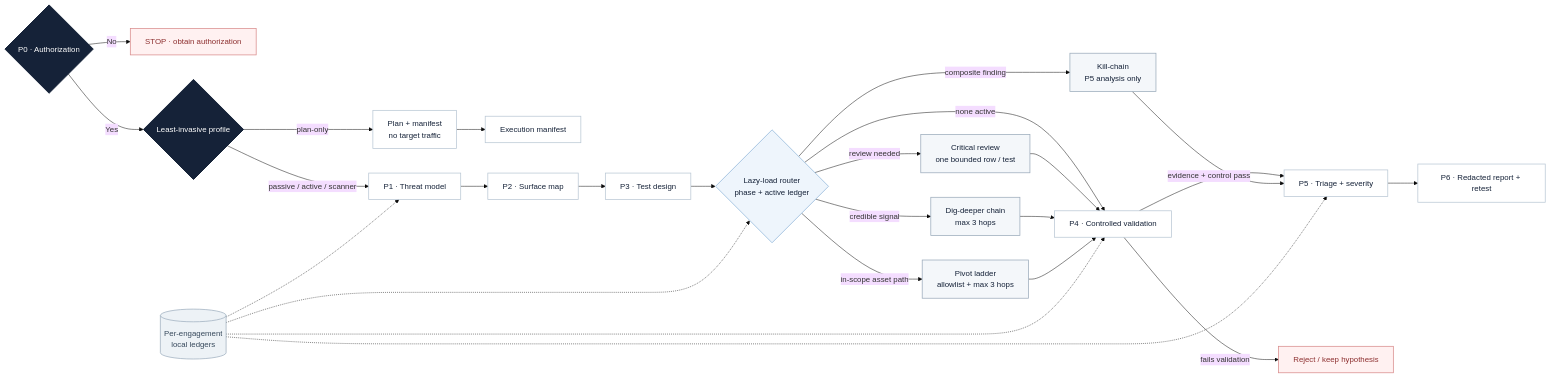
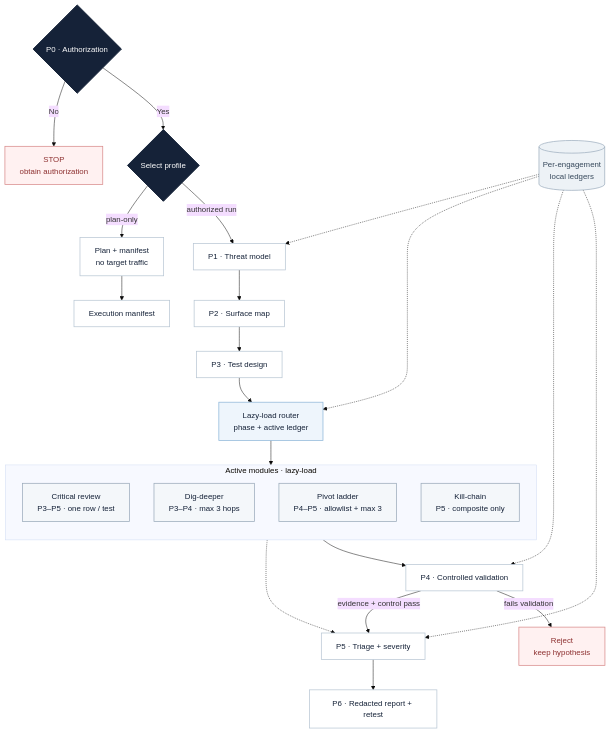
One commit to tomzsh/VHS-LLV changed the diagram in README.md. Above: the diagram before and after it, drawn with Mermaid (base theme). The commit also changed other lines of this file, not shown here.

Commit message:
docs: make workflow diagram mobile vertical

````diff
--- a/README.md
+++ b/README.md
@@ -258,44 +258,47 @@
 ```mermaid
-flowchart LR
+flowchart TD
     P0{"P0 · Authorization"}
-    P0 -->|No| STOP["STOP · obtain authorization"]
-    P0 -->|Yes| PROFILE{"Least-invasive profile"}
+    P0 -->|No| STOP["STOP<br/>obtain authorization"]
+    P0 -->|Yes| PROFILE{"Select profile"}
     PROFILE -->|plan-only| PLAN["Plan + manifest<br/>no target traffic"]
-    PROFILE -->|passive / active / scanner| P1["P1 · Threat model"]
     PLAN --> MANIFEST["Execution manifest"]
+    PROFILE -->|authorized run| P1["P1 · Threat model"]
 
     P1 --> P2["P2 · Surface map"]
     P2 --> P3["P3 · Test design"]
-    P3 --> ROUTER{"Lazy-load router<br/>phase + active ledger"}
-    ROUTER -->|none active| P4["P4 · Controlled validation"]
-    ROUTER -->|review needed| REVIEW["Critical review<br/>one bounded row / test"]
-    ROUTER -->|credible signal| DEEP["Dig-deeper chain<br/>max 3 hops"]
-    ROUTER -->|in-scope asset path| PIVOT["Pivot ladder<br/>allowlist + max 3 hops"]
-    ROUTER -->|composite finding| KILL["Kill-chain<br/>P5 analysis only"]
-    REVIEW --> P4
-    DEEP --> P4
-    PIVOT --> P4
+    P3 --> ROUTER["Lazy-load router<br/>phase + active ledger"]
+
+    subgraph OPTIONAL["Active modules · lazy-load"]
+        direction TB
+        REVIEW["Critical review<br/>P3–P5 · one row / test"]
+        DEEP["Dig-deeper<br/>P3–P4 · max 3 hops"]
+        PIVOT["Pivot ladder<br/>P4–P5 · allowlist + max 3"]
+        KILL["Kill-chain<br/>P5 · composite only"]
+    end
+
+    ROUTER --> OPTIONAL
+    OPTIONAL --> P4["P4 · Controlled validation"]
     P4 -->|evidence + control pass| P5["P5 · Triage + severity"]
-    P4 -->|fails validation| REJECT["Reject / keep hypothesis"]
-    KILL --> P5
+    P4 -->|fails validation| REJECT["Reject<br/>keep hypothesis"]
+    KILL -.-> P5
     P5 --> P6["P6 · Redacted report + retest"]
 
     MEMORY[("Per-engagement<br/>local ledgers")]
     MEMORY -.-> P1
     MEMORY -.-> ROUTER
     MEMORY -.-> P4
     MEMORY -.-> P5
 
     classDef gate fill:#152238,color:#fff,stroke:#152238,stroke-width:2px;
     classDef phase fill:#fff,color:#152238,stroke:#b9c7d4,stroke-width:1.5px;
     classDef router fill:#eef5fc,color:#152238,stroke:#8eb6d9,stroke-width:1.5px;
     classDef module fill:#f4f7fa,color:#152238,stroke:#9aaaba,stroke-width:1.5px;
     classDef stop fill:#fff1f1,color:#8d3030,stroke:#d88b8b,stroke-width:1.5px;
     classDef memory fill:#edf2f6,color:#36485b,stroke:#9eafbf,stroke-width:1.5px;
     class P0,PROFILE gate;
     class P1,P2,P3,P4,P5,P6,PLAN,MANIFEST phase;
     class ROUTER router;
     class REVIEW,DEEP,PIVOT,KILL module;
     class STOP,REJECT stop;
     class MEMORY memory;
 ```
````
